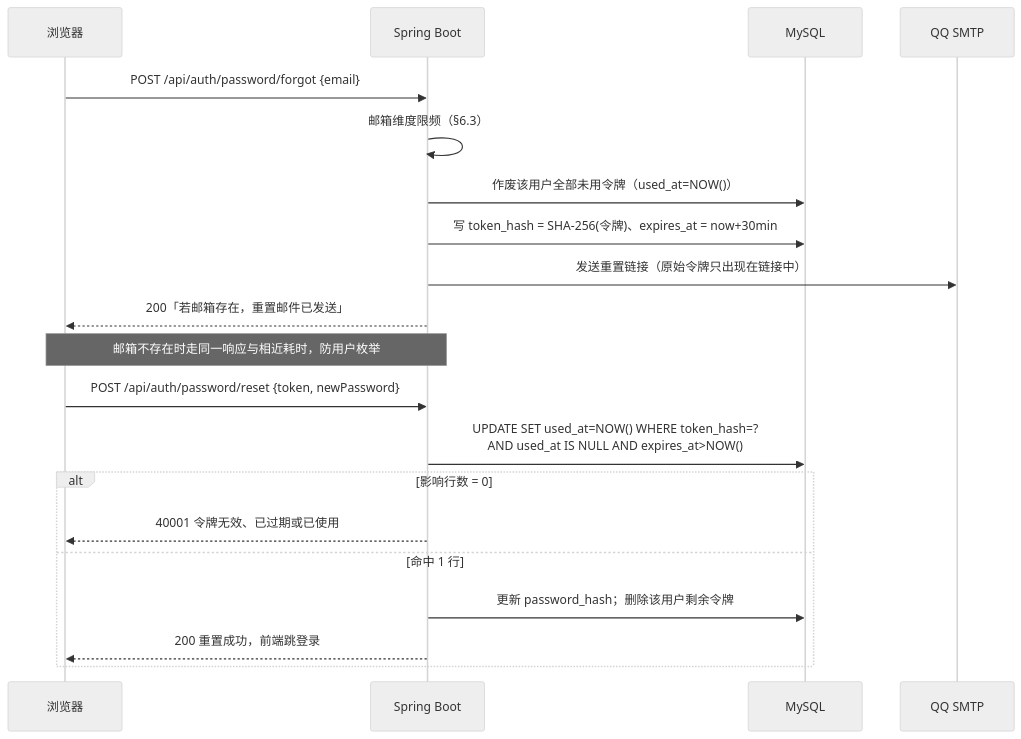
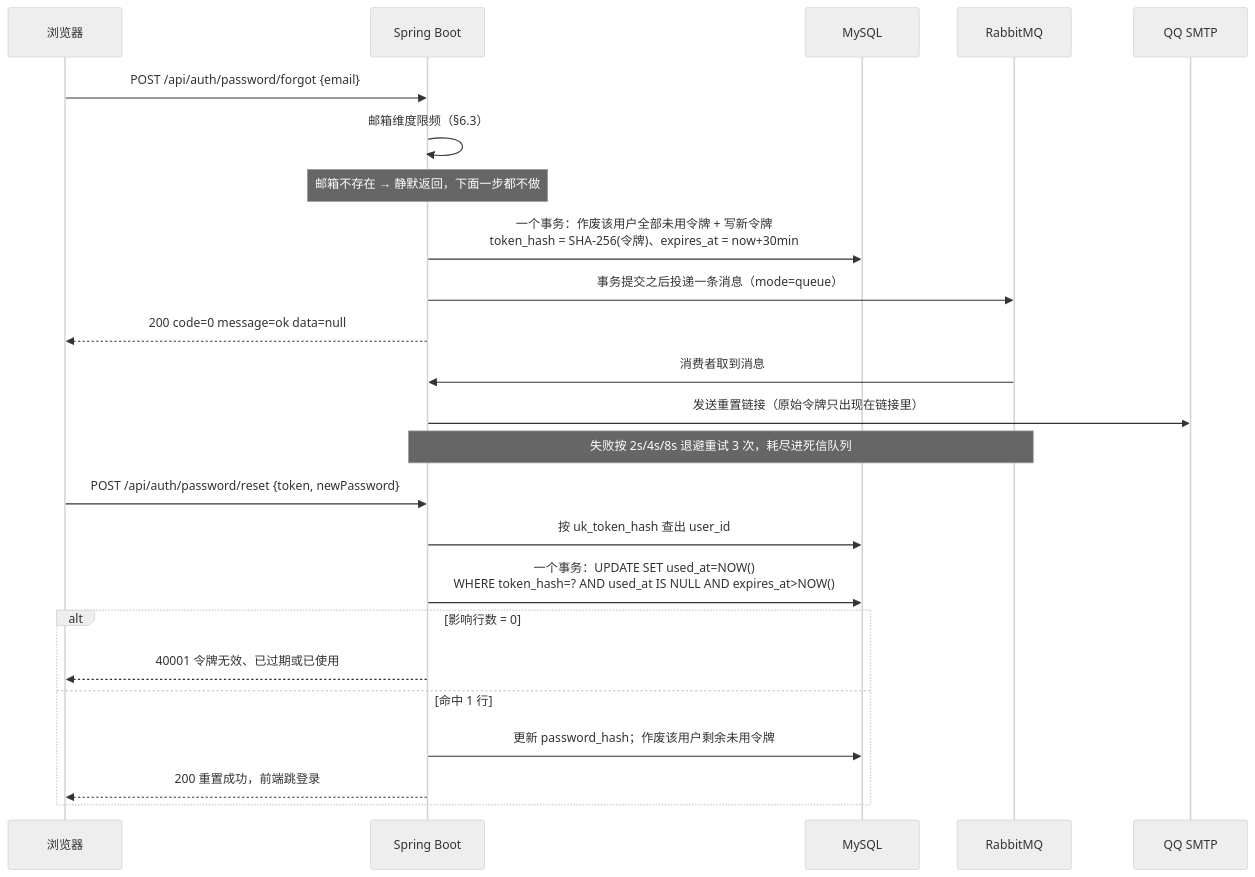
The sixth of 7 diagrams in docs/概要设计.md (ShiwarHoufu/jotang-note), drawn with Mermaid (neutral theme) before and after one commit. The commit also changed other lines of this file and 42 other files, not shown here.

````diff
--- a/docs/概要设计.md
+++ b/docs/概要设计.md
@@ -486,22 +492,26 @@
 ```mermaid
 sequenceDiagram
   participant U as 浏览器
   participant A as Spring Boot
   participant DB as MySQL
+  participant Q as RabbitMQ
   participant M as QQ SMTP
   U->>A: POST /api/auth/password/forgot {email}
   A->>A: 邮箱维度限频（§6.3）
-  A->>DB: 作废该用户全部未用令牌（used_at=NOW()）
-  A->>DB: 写 token_hash = SHA-256(令牌)、expires_at = now+30min
-  A->>M: 发送重置链接（原始令牌只出现在链接中）
-  A-->>U: 200「若邮箱存在，重置邮件已发送」
-  Note over A,U: 邮箱不存在时走同一响应与相近耗时，防用户枚举
+  Note over A: 邮箱不存在 → 静默返回，下面一步都不做
+  A->>DB: 一个事务：作废该用户全部未用令牌 + 写新令牌<br/>token_hash = SHA-256(令牌)、expires_at = now+30min
+  A->>Q: 事务提交之后投递一条消息（mode=queue）
+  A-->>U: 200 code=0 message=ok data=null
+  Q->>A: 消费者取到消息
+  A->>M: 发送重置链接（原始令牌只出现在链接里）
+  Note over Q,A: 失败按 2s/4s/8s 退避重试 3 次，耗尽进死信队列
   U->>A: POST /api/auth/password/reset {token, newPassword}
-  A->>DB: UPDATE SET used_at=NOW() WHERE token_hash=?<br/>AND used_at IS NULL AND expires_at>NOW()
+  A->>DB: 按 uk_token_hash 查出 user_id
+  A->>DB: 一个事务：UPDATE SET used_at=NOW()<br/>WHERE token_hash=? AND used_at IS NULL AND expires_at>NOW()
   alt 影响行数 = 0
     A-->>U: 40001 令牌无效、已过期或已使用
   else 命中 1 行
-    A->>DB: 更新 password_hash；删除该用户剩余令牌
+    A->>DB: 更新 password_hash；作废该用户剩余未用令牌
     A-->>U: 200 重置成功，前端跳登录
   end
 ```
````
